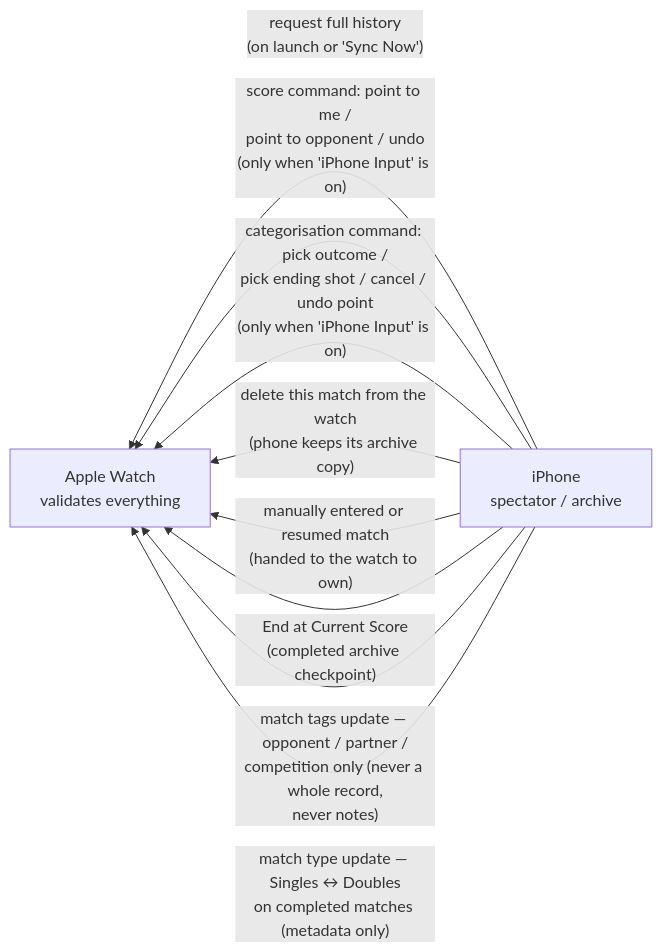
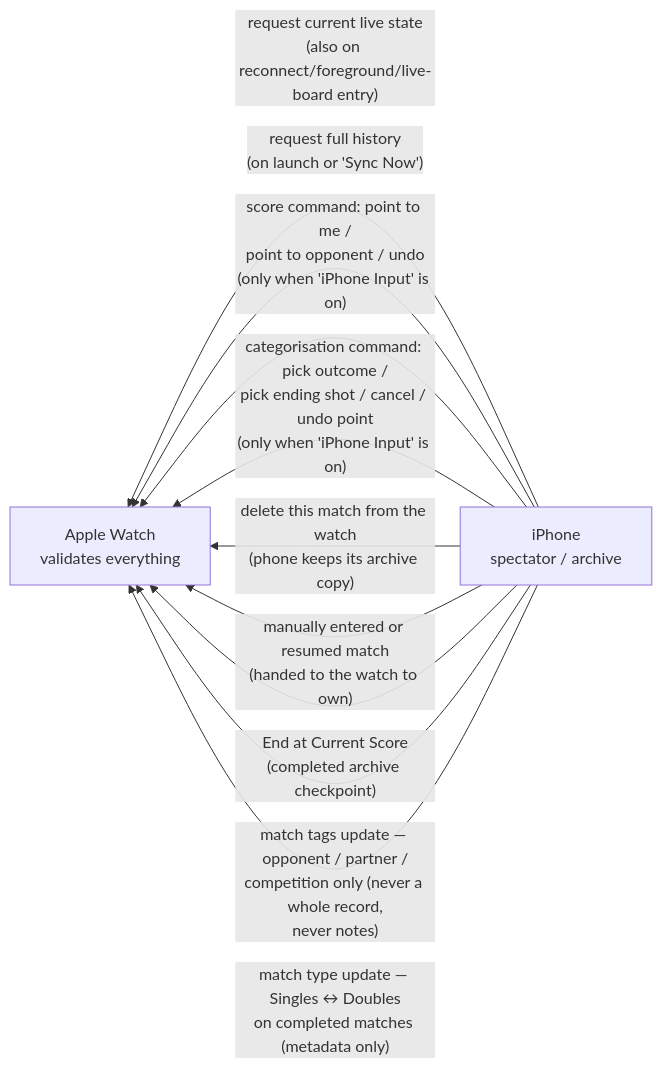
The second of 7 diagrams in docs/architecture/sync-and-data-flow.md (EMRahman/DeuceMate), drawn with Mermaid before and after one commit. The commit also changed other lines of this file and 25 other files, not shown here.

First line of the commit message:
[Sync] Restore live scores on reconnect and confirm iPhone input through Watch (#203)

````diff
--- a/docs/architecture/sync-and-data-flow.md
+++ b/docs/architecture/sync-and-data-flow.md
@@ -58,13 +79,14 @@
 ```mermaid
 flowchart RL
     P["iPhone<br/>spectator / archive"]
     W["Apple Watch<br/>validates everything"]
+    P -- "request current live state<br/>(also on reconnect/foreground/live-board entry)" --> W
     P -- "request full history<br/>(on launch or 'Sync Now')" --> W
     P -- "score command: point to me /<br/>point to opponent / undo<br/>(only when 'iPhone Input' is on)" --> W
     P -- "categorisation command: pick outcome /<br/>pick ending shot / cancel / undo point<br/>(only when 'iPhone Input' is on)" --> W
     P -- "delete this match from the watch<br/>(phone keeps its archive copy)" --> W
     P -- "manually entered or resumed match<br/>(handed to the watch to own)" --> W
     P -- "End at Current Score<br/>(completed archive checkpoint)" --> W
     P -- "match tags update — opponent / partner /<br/>competition only (never a whole record,<br/>never notes)" --> W
     P -- "match type update — Singles ↔ Doubles<br/>on completed matches (metadata only)" --> W
 ```
````
